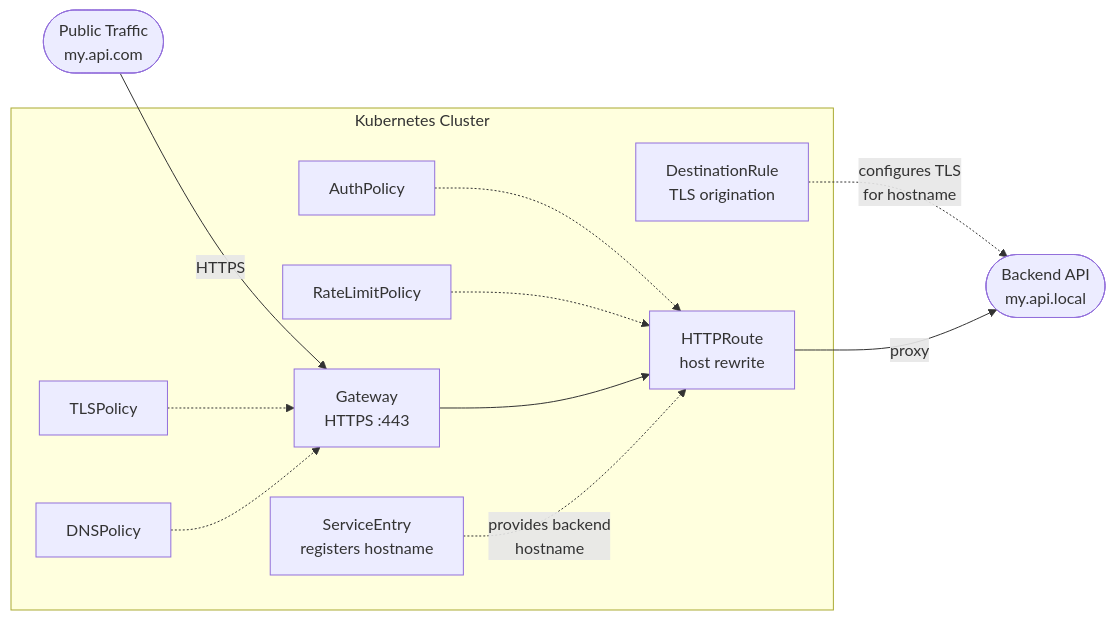
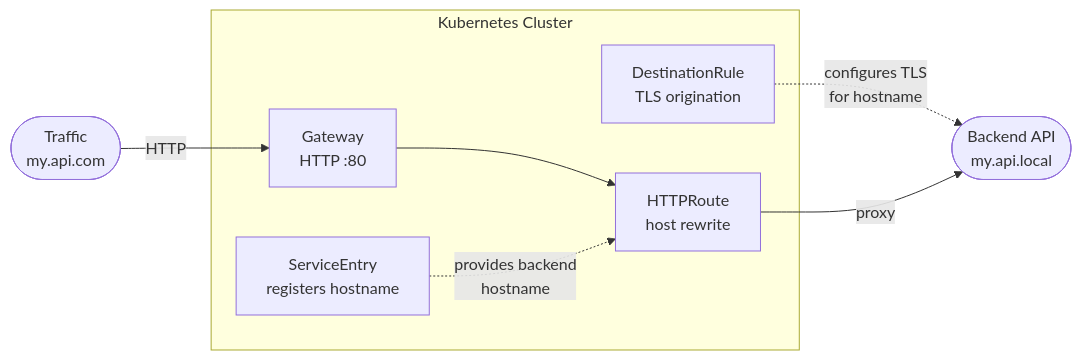
Before and after one commit to Kuadrant/kuadrant-operator: the diagram in doc/user-guides/misc/external-api.md, drawn with Mermaid. The commit also changed other lines of this file and 1 other file, not shown here.

Commit message:
default to http for guide

````diff
--- a/doc/user-guides/misc/external-api.md
+++ b/doc/user-guides/misc/external-api.md
@@ -3,27 +3,19 @@
 ```mermaid
 graph LR
-    Client([Public Traffic<br/>my.api.com])
+    Client([Traffic<br/>my.api.com])
 
     subgraph cluster ["Kubernetes Cluster"]
-        GW[Gateway<br/>HTTPS :443]
+        GW[Gateway<br/>HTTP :80]
         HR[HTTPRoute<br/>host rewrite]
-        TLS[TLSPolicy]
-        DNS[DNSPolicy]
-        AUTH[AuthPolicy]
-        RLP[RateLimitPolicy]
         SE[ServiceEntry<br/>registers hostname]
         DR[DestinationRule<br/>TLS origination]
     end
 
     Backend([Backend API<br/>my.api.local])
 
-    Client -->|"HTTPS"| GW
-    TLS -.-> GW
-    DNS -.-> GW
-    AUTH -.-> HR
-    RLP -.-> HR
+    Client -->|"HTTP"| GW
     GW --> HR
     SE -.->|"provides backend<br/>hostname"| HR
     DR -.->|"configures TLS<br/>for hostname"| Backend
     HR -->|"proxy"| Backend
 ```
````
